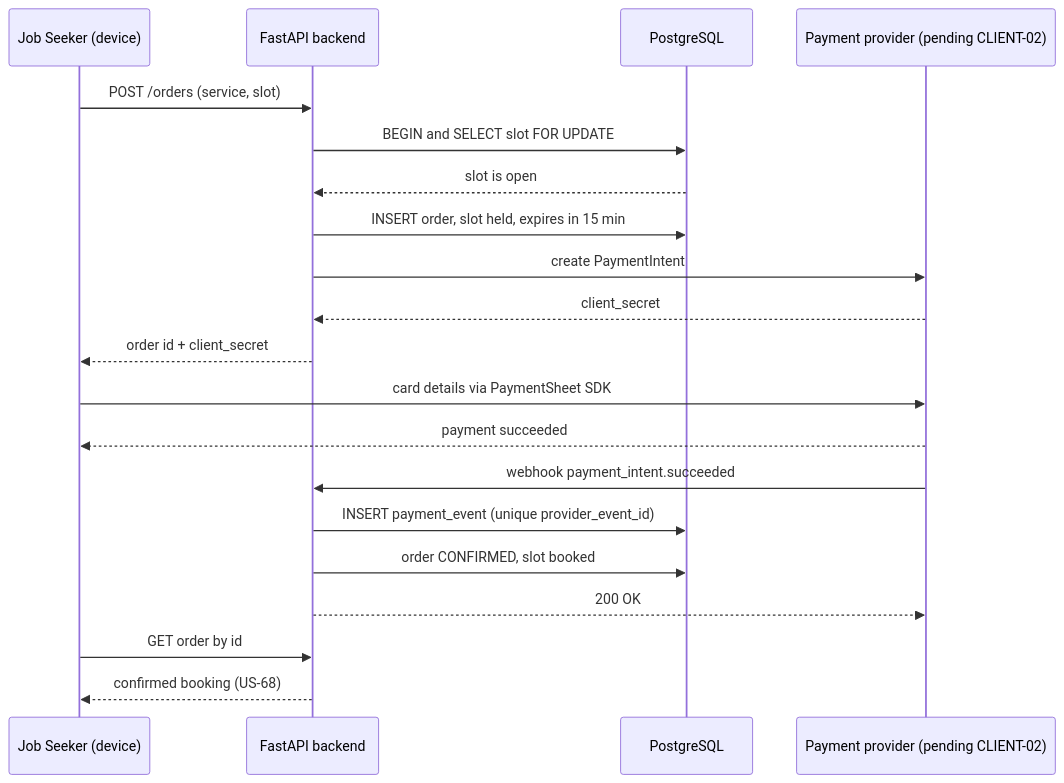
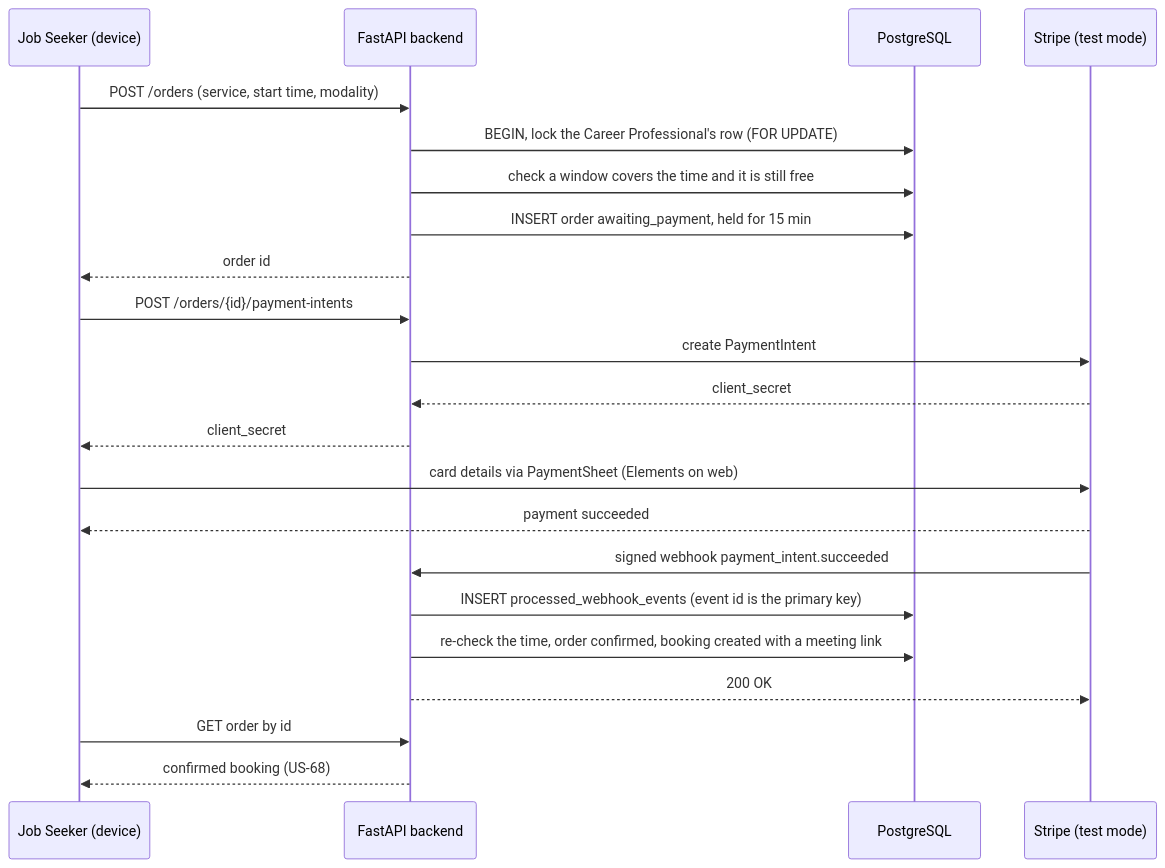
Before and after one commit to ZichuanW15/yoir_sample: the first of 3 diagrams in docs/sprint1/design-by-concept/design-by-concept.md, drawn with Mermaid. The commit also changed other lines of this file and 3 other files, not shown here.

Commit message:
docs(design): update design concept, diagram and schema document to the build

````diff
--- a/docs/sprint1/design-by-concept/design-by-concept.md
+++ b/docs/sprint1/design-by-concept/design-by-concept.md
@@ -168,23 +199,25 @@
 ```mermaid
 sequenceDiagram
     participant JS as Job Seeker (device)
     participant API as FastAPI backend
     participant DB as PostgreSQL
-    participant PP as Payment provider (pending CLIENT-02)
+    participant PP as Stripe (test mode)
 
-    JS->>API: POST /orders (service, slot)
-    API->>DB: BEGIN and SELECT slot FOR UPDATE
-    DB-->>API: slot is open
-    API->>DB: INSERT order, slot held, expires in 15 min
+    JS->>API: POST /orders (service, start time, modality)
+    API->>DB: BEGIN, lock the Career Professional's row (FOR UPDATE)
+    API->>DB: check a window covers the time and it is still free
+    API->>DB: INSERT order awaiting_payment, held for 15 min
+    API-->>JS: order id
+    JS->>API: POST /orders/{id}/payment-intents
     API->>PP: create PaymentIntent
     PP-->>API: client_secret
-    API-->>JS: order id + client_secret
-    JS->>PP: card details via PaymentSheet SDK
+    API-->>JS: client_secret
+    JS->>PP: card details via PaymentSheet (Elements on web)
     PP-->>JS: payment succeeded
-    PP->>API: webhook payment_intent.succeeded
-    API->>DB: INSERT payment_event (unique provider_event_id)
-    API->>DB: order CONFIRMED, slot booked
+    PP->>API: signed webhook payment_intent.succeeded
+    API->>DB: INSERT processed_webhook_events (event id is the primary key)
+    API->>DB: re-check the time, order confirmed, booking created with a meeting link
     API-->>PP: 200 OK
     JS->>API: GET order by id
     API-->>JS: confirmed booking (US-68)
 ```
````
